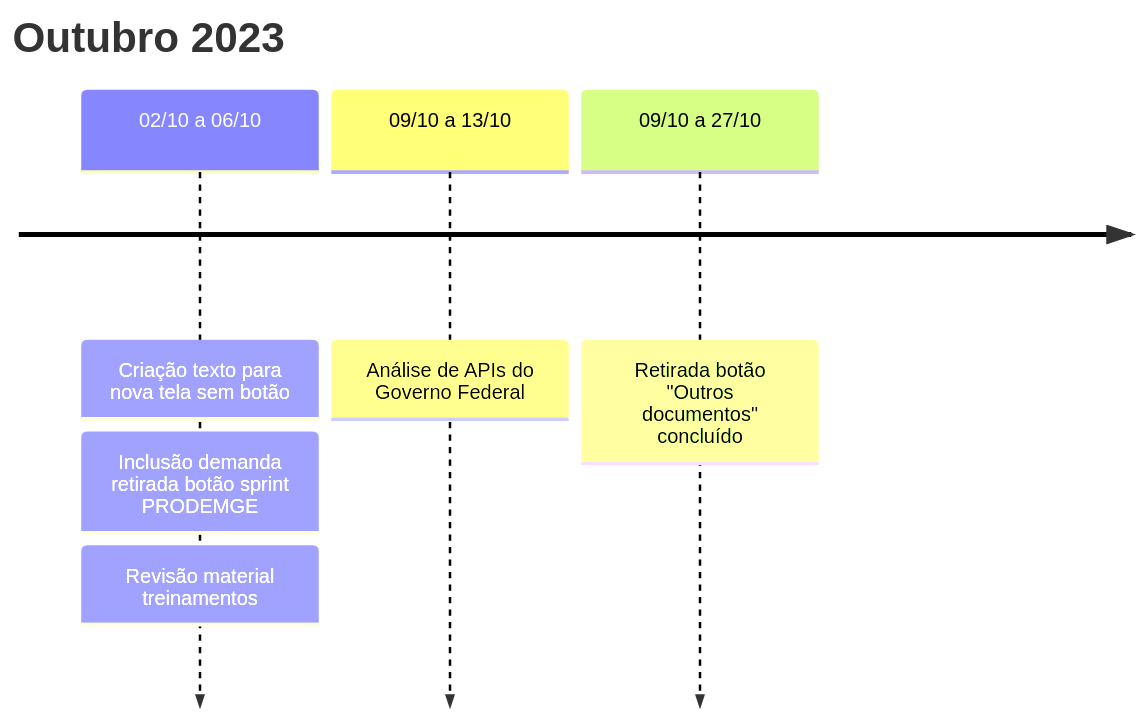
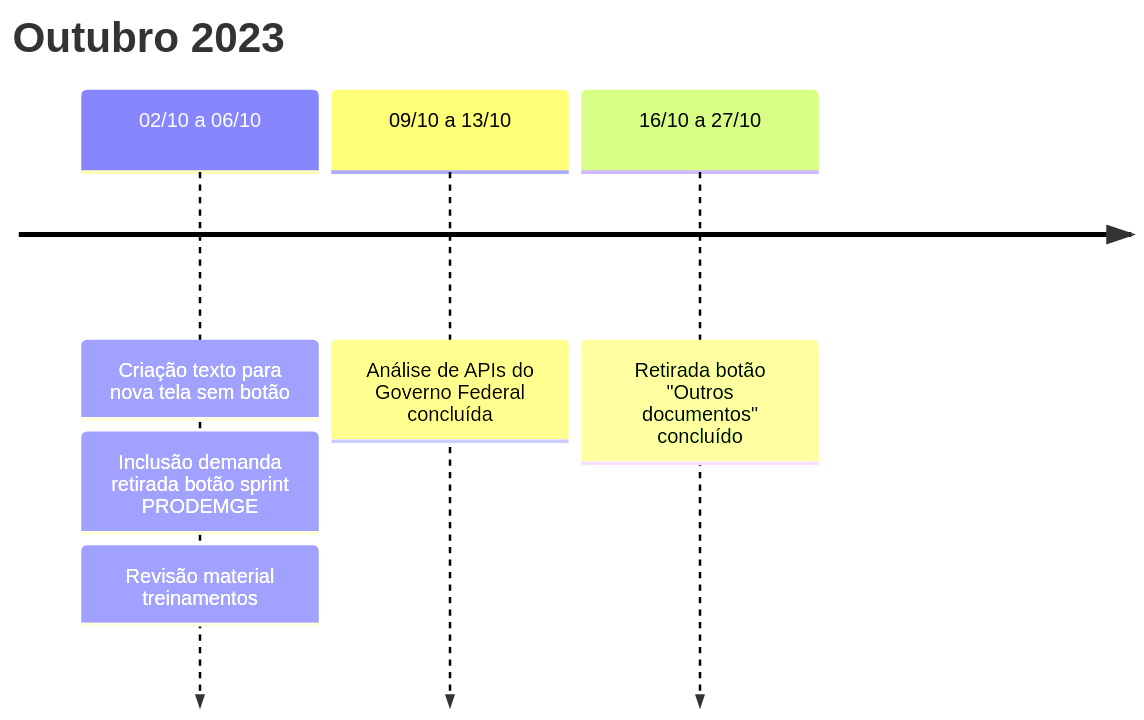
One commit to lab-mg/handbook changed the third of 3 diagrams in docs/linha_do_tempo/mapa_transformacao.md. Above: the diagram before and after it, drawn with Mermaid.

Commit message:
Melhora linha do tempo mapa

````diff
--- a/docs/linha_do_tempo/mapa_transformacao.md
+++ b/docs/linha_do_tempo/mapa_transformacao.md
@@ -45,9 +45,9 @@
 ```mermaid
 timeline
     title Outubro 2023
     02/10 a 06/10 : Criação texto para nova tela sem botão
                   : Inclusão demanda retirada botão sprint PRODEMGE
                   : Revisão material treinamentos
-    09/10 a 13/10 : Análise de APIs do Governo Federal
-    09/10 a 27/10 : Retirada botão "Outros documentos" concluído
+    09/10 a 13/10 : Análise de APIs do Governo Federal concluída
+    16/10 a 27/10 : Retirada botão "Outros documentos" concluído
 ```
````
